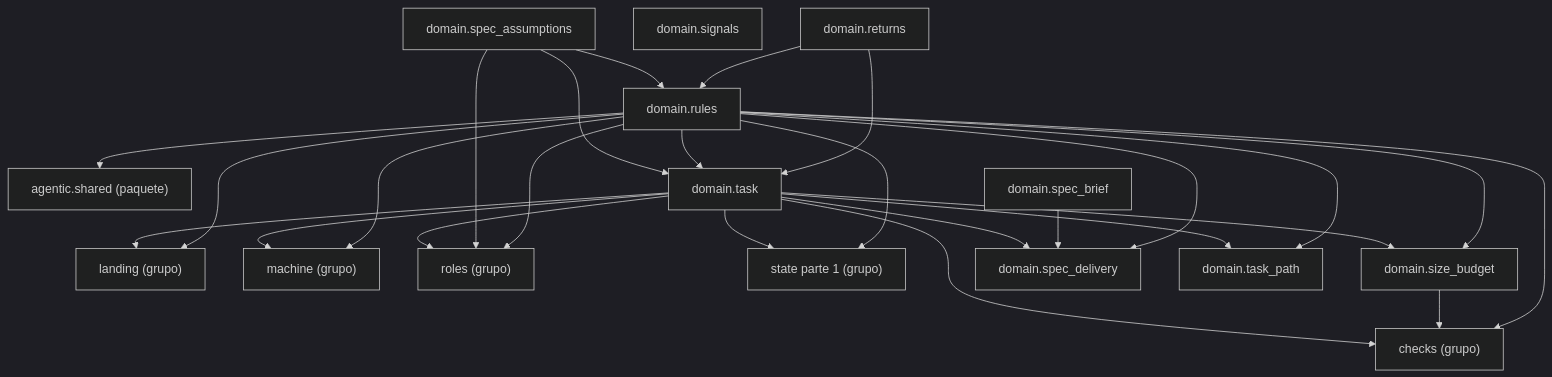
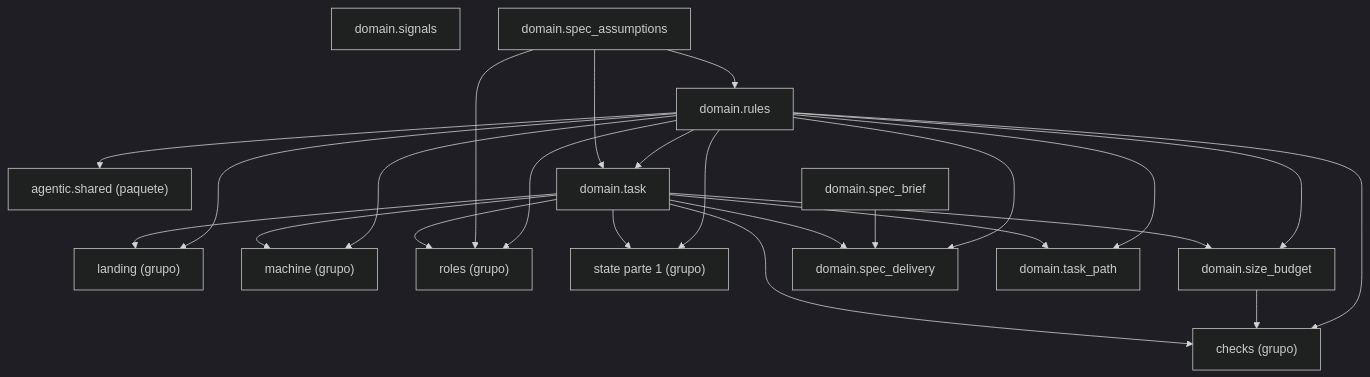
One commit to GonzaloZevallos/agentic-system changed the diagram in docs/architecture/generated/packages-process-domain-state-2.md. Above: the diagram before and after it, drawn with Mermaid (dark theme). The commit also changed 1 other file, not shown here.

Commit message:
Regenerate the state package pages after merging master

````diff
--- a/docs/architecture/generated/packages-process-domain-state-2.md
+++ b/docs/architecture/generated/packages-process-domain-state-2.md
@@ -12,43 +12,40 @@
 ```mermaid
 graph TD
     g_domain__checks["checks (grupo)"]
     g_domain__landing["landing (grupo)"]
     g_domain__machine["machine (grupo)"]
     g_domain__roles["roles (grupo)"]
     g_domain__state__1["state parte 1 (grupo)"]
     g_pkg__agentic__shared["agentic.shared (paquete)"]
-    m_domain__returns["domain.returns"]
     m_domain__rules["domain.rules"]
     m_domain__signals["domain.signals"]
     m_domain__size_budget["domain.size_budget"]
     m_domain__spec_assumptions["domain.spec_assumptions"]
     m_domain__spec_brief["domain.spec_brief"]
     m_domain__spec_delivery["domain.spec_delivery"]
     m_domain__task["domain.task"]
     m_domain__task_path["domain.task_path"]
-    m_domain__returns --> m_domain__rules
-    m_domain__returns --> m_domain__task
     m_domain__rules --> g_domain__checks
     m_domain__rules --> g_domain__landing
     m_domain__rules --> g_domain__machine
     m_domain__rules --> g_domain__roles
     m_domain__rules --> g_domain__state__1
     m_domain__rules --> g_pkg__agentic__shared
     m_domain__rules --> m_domain__size_budget
     m_domain__rules --> m_domain__spec_delivery
     m_domain__rules --> m_domain__task
     m_domain__rules --> m_domain__task_path
     m_domain__size_budget --> g_domain__checks
     m_domain__spec_assumptions --> g_domain__roles
     m_domain__spec_assumptions --> m_domain__rules
     m_domain__spec_assumptions --> m_domain__task
     m_domain__spec_brief --> m_domain__spec_delivery
     m_domain__task --> g_domain__checks
     m_domain__task --> g_domain__landing
     m_domain__task --> g_domain__machine
     m_domain__task --> g_domain__roles
     m_domain__task --> g_domain__state__1
     m_domain__task --> m_domain__size_budget
     m_domain__task --> m_domain__spec_delivery
     m_domain__task --> m_domain__task_path
 ```
````
